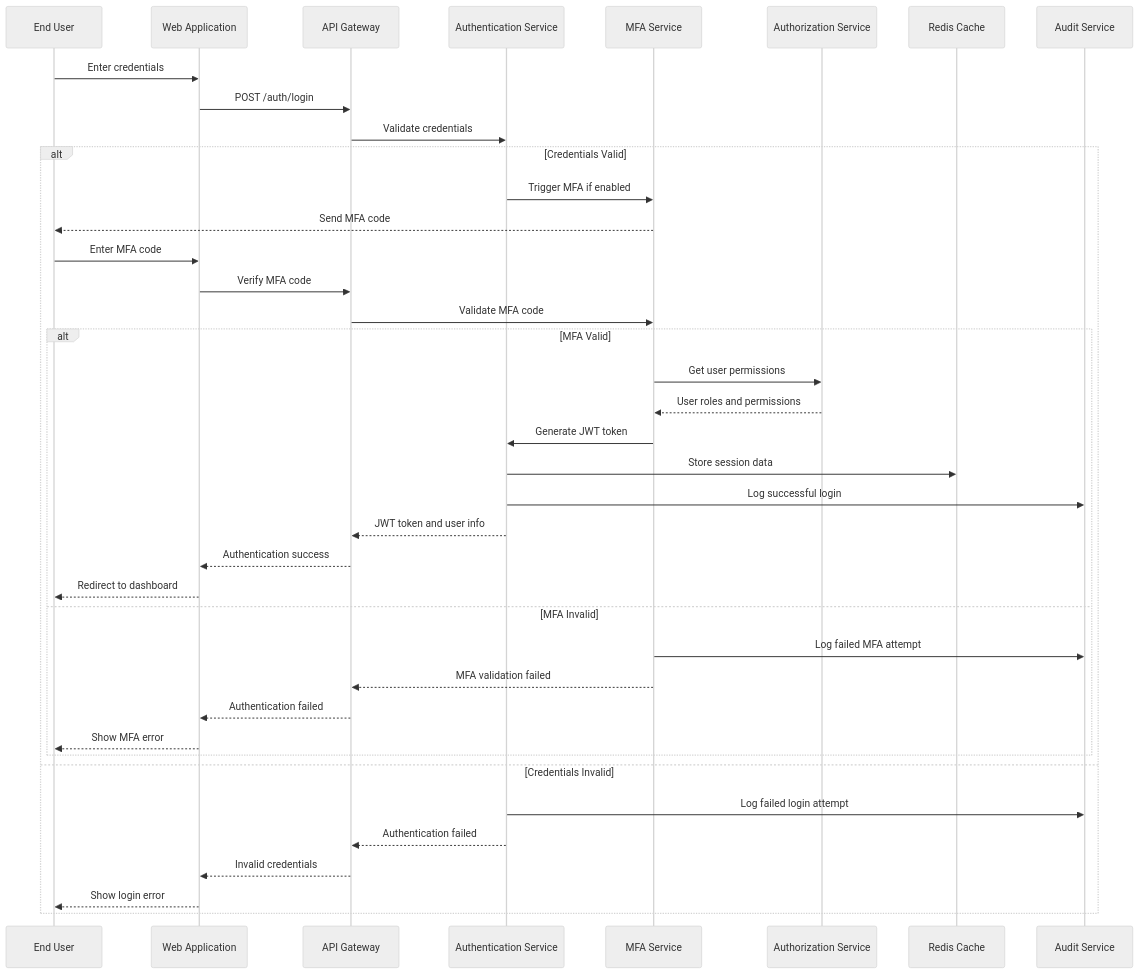
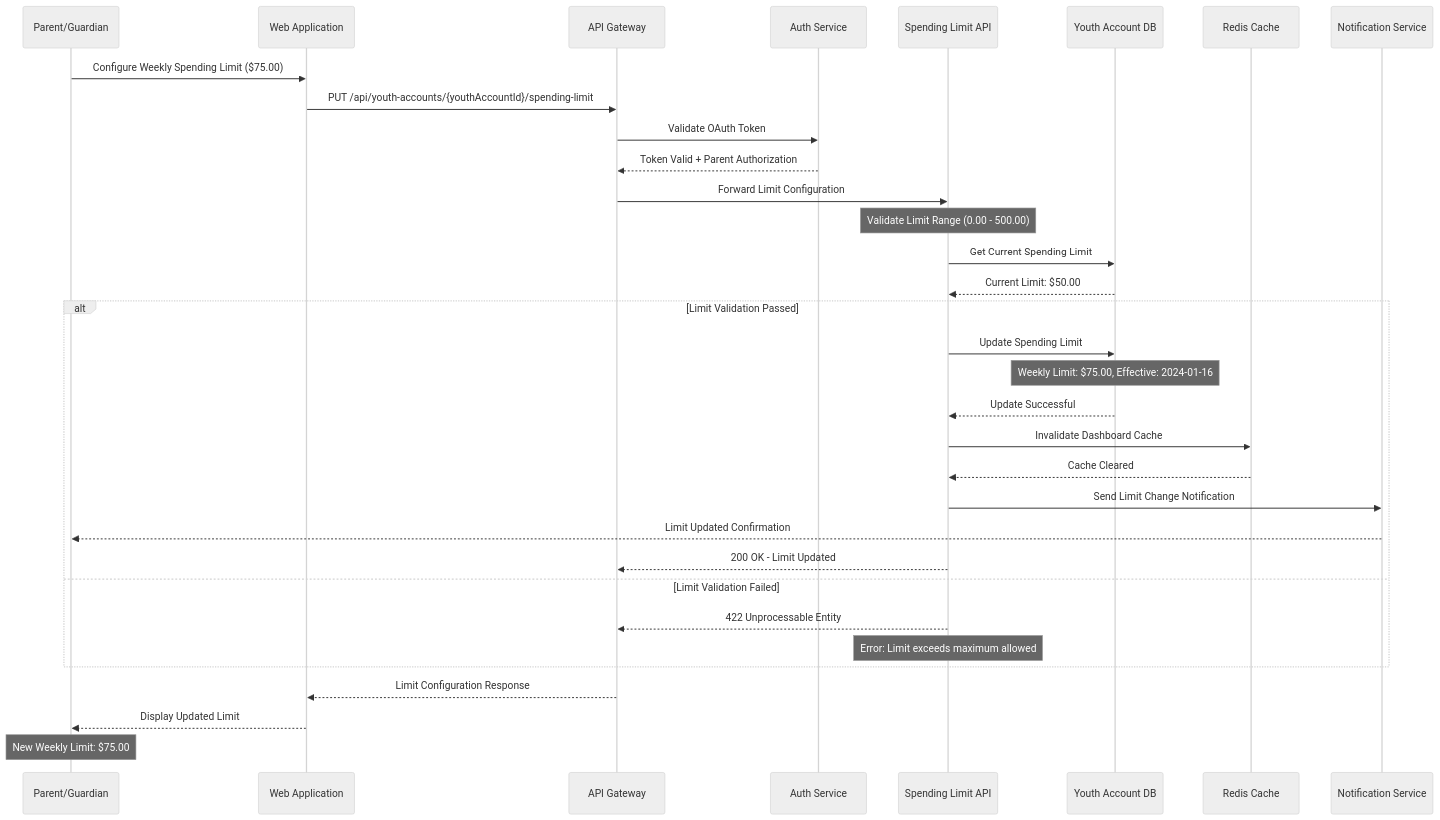
Before and after one commit to ThapaswiASC/SCIB-INCEPTION-PHASE-DEMO: the third of 6 diagrams in API Development/Components and Sequence Diagrams/sequence_diagram.md, drawn with Mermaid (neutral theme). The commit also changed other lines of this file and 1 other file, not shown here.

````diff
--- a/API Development/Components and Sequence Diagrams/sequence_diagram.md
+++ b/API Development/Components and Sequence Diagrams/sequence_diagram.md
@@ -117,44 +132,44 @@
 ```mermaid
 sequenceDiagram
-    participant User as End User
+    participant Parent as Parent/Guardian
     participant WebApp as Web Application
-    participant API as API Gateway
-    participant Auth as Authentication Service
-    participant MFA as MFA Service
-    participant RBAC as Authorization Service
+    participant APIGateway as API Gateway
+    participant AuthService as Auth Service
+    participant LimitAPI as Spending Limit API
+    participant Database as Youth Account DB
     participant Cache as Redis Cache
-    participant Audit as Audit Service
+    participant NotificationSvc as Notification Service
+
+    Parent->>WebApp: Configure Weekly Spending Limit ($75.00)
+    WebApp->>APIGateway: PUT /api/youth-accounts/{youthAccountId}/spending-limit
     
-    User->>WebApp: Enter credentials
-    WebApp->>API: POST /auth/login
-    API->>Auth: Validate credentials
+    APIGateway->>AuthService: Validate OAuth Token
+    AuthService-->>APIGateway: Token Valid + Parent Authorization
     
-    alt Credentials Valid
-        Auth->>MFA: Trigger MFA if enabled
-        MFA-->>User: Send MFA code
-        User->>WebApp: Enter MFA code
-        WebApp->>API: Verify MFA code
-        API->>MFA: Validate MFA code
+    APIGateway->>LimitAPI: Forward Limit Configuration
+    Note over LimitAPI: Validate Limit Range (0.00 - 500.00)
+    
+    LimitAPI->>Database: Get Current Spending Limit
+    Database-->>LimitAPI: Current Limit: $50.00
+    
+    alt Limit Validation Passed
+        LimitAPI->>Database: Update Spending Limit
+        Note over Database: Weekly Limit: $75.00, Effective: 2024-01-16
+        Database-->>LimitAPI: Update Successful
         
-        alt MFA Valid
-            MFA->>RBAC: Get user permissions
-            RBAC-->>MFA: User roles and permissions
-            MFA->>Auth: Generate JWT token
-            Auth->>Cache: Store session data
-            Auth->>Audit: Log successful login
-            Auth-->>API: JWT token and user info
-            API-->>WebApp: Authentication success
-            WebApp-->>User: Redirect to dashboard
-        else MFA Invalid
-            MFA->>Audit: Log failed MFA attempt
-            MFA-->>API: MFA validation failed
-            API-->>WebApp: Authentication failed
-            WebApp-->>User: Show MFA error
-        end
-    else Credentials Invalid
-        Auth->>Audit: Log failed login attempt
-        Auth-->>API: Authentication failed
-        API-->>WebApp: Invalid credentials
-        WebApp-->>User: Show login error
+        LimitAPI->>Cache: Invalidate Dashboard Cache
+        Cache-->>LimitAPI: Cache Cleared
+        
+        LimitAPI->>NotificationSvc: Send Limit Change Notification
+        NotificationSvc-->>Parent: Limit Updated Confirmation
+        
+        LimitAPI-->>APIGateway: 200 OK - Limit Updated
+    else Limit Validation Failed
+        LimitAPI-->>APIGateway: 422 Unprocessable Entity
+        Note over LimitAPI: Error: Limit exceeds maximum allowed
     end
+    
+    APIGateway-->>WebApp: Limit Configuration Response
+    WebApp-->>Parent: Display Updated Limit
+    Note over Parent: New Weekly Limit: $75.00
 ```
````
